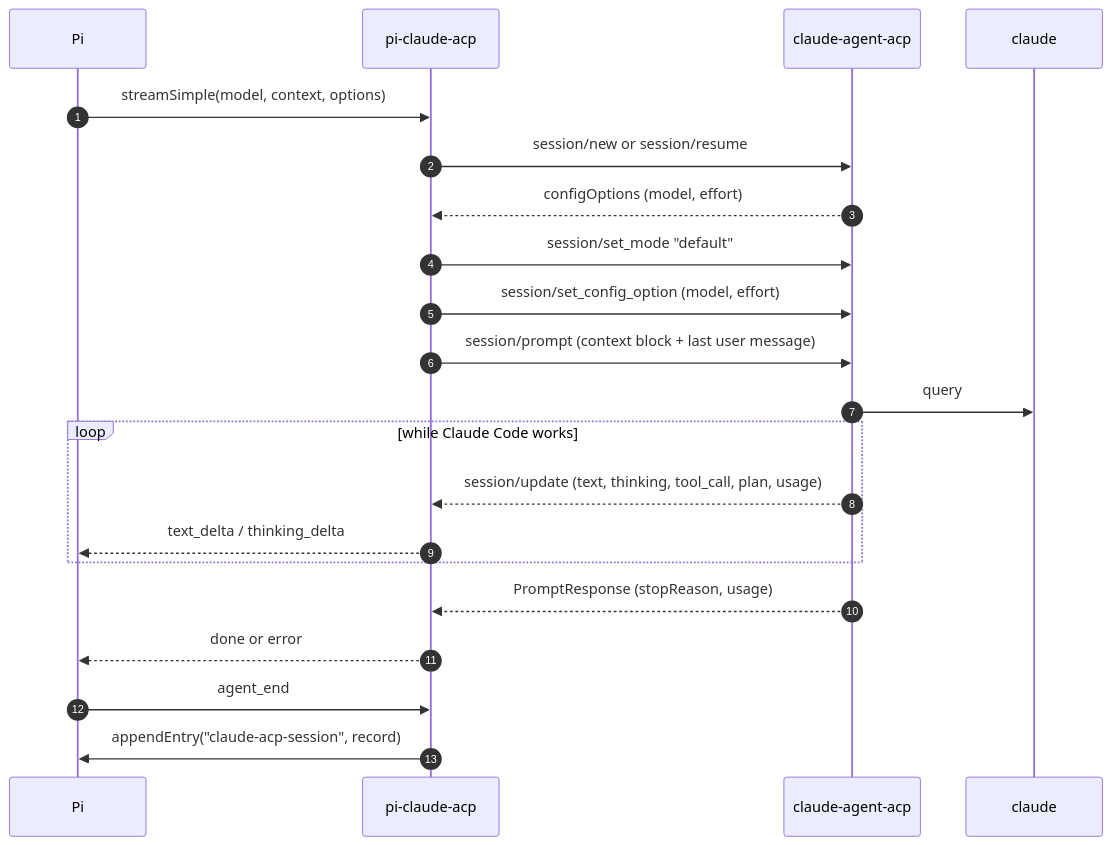
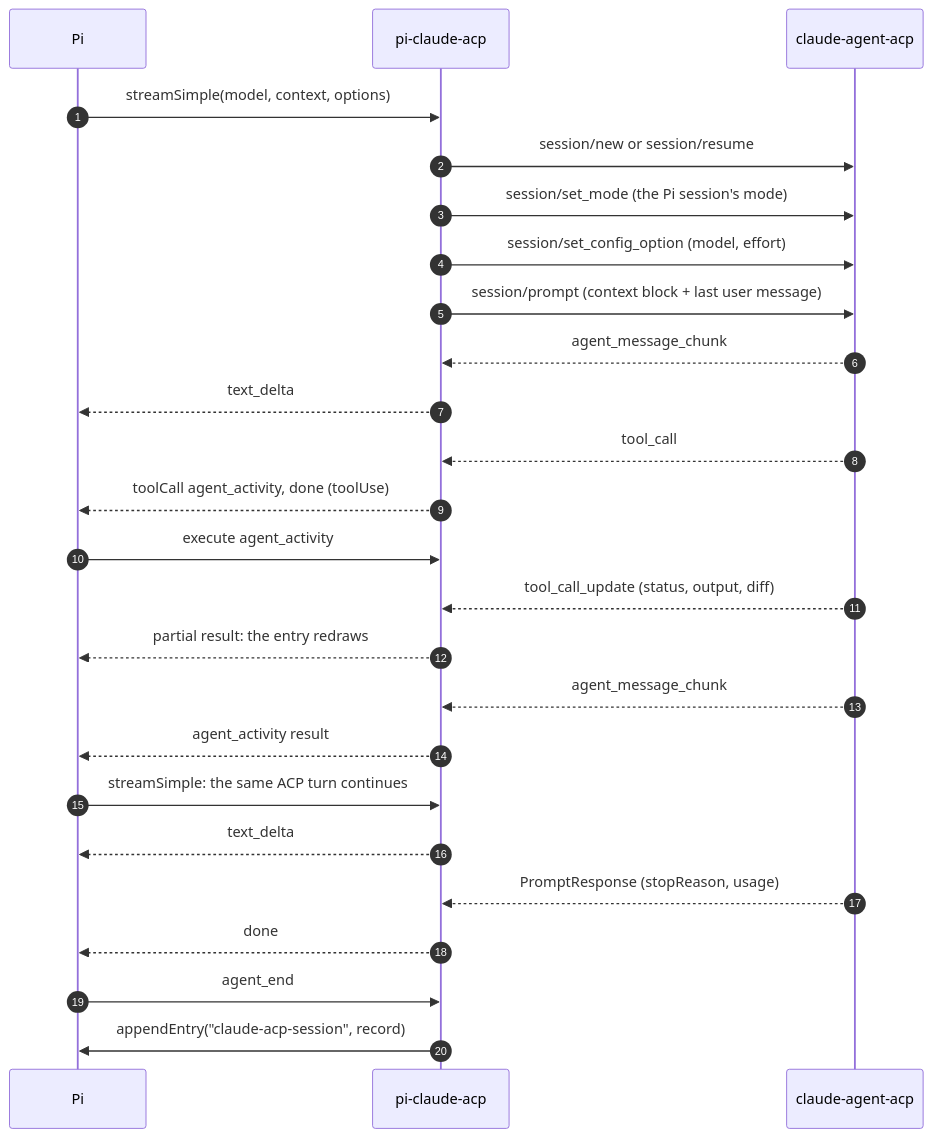
One commit to josemartinrodriguezmortaloni/pi-claude-acp changed the second of 5 diagrams in README.md. Above: the diagram before and after it, drawn with Mermaid. The commit also changed other lines of this file and 7 other files, not shown here.

````diff
--- a/README.md
+++ b/README.md
@@ -161,24 +169,28 @@
 ```mermaid
 sequenceDiagram
     autonumber
     participant Pi
     participant Ext as pi-claude-acp
     participant ACP as claude-agent-acp
-    participant CC as claude
 
     Pi->>Ext: streamSimple(model, context, options)
     Ext->>ACP: session/new or session/resume
-    ACP-->>Ext: configOptions (model, effort)
-    Ext->>ACP: session/set_mode "default"
+    Ext->>ACP: session/set_mode (the Pi session's mode)
     Ext->>ACP: session/set_config_option (model, effort)
     Ext->>ACP: session/prompt (context block + last user message)
-    ACP->>CC: query
-    loop while Claude Code works
-        ACP-->>Ext: session/update (text, thinking, tool_call, plan, usage)
-        Ext-->>Pi: text_delta / thinking_delta
-    end
+    ACP-->>Ext: agent_message_chunk
+    Ext-->>Pi: text_delta
+    ACP-->>Ext: tool_call
+    Ext-->>Pi: toolCall agent_activity, done (toolUse)
+    Pi->>Ext: execute agent_activity
+    ACP-->>Ext: tool_call_update (status, output, diff)
+    Ext-->>Pi: partial result: the entry redraws
+    ACP-->>Ext: agent_message_chunk
+    Ext-->>Pi: agent_activity result
+    Pi->>Ext: streamSimple: the same ACP turn continues
+    Ext-->>Pi: text_delta
     ACP-->>Ext: PromptResponse (stopReason, usage)
-    Ext-->>Pi: done or error
+    Ext-->>Pi: done
     Pi->>Ext: agent_end
     Ext->>Pi: appendEntry("claude-acp-session", record)
 ```
````
